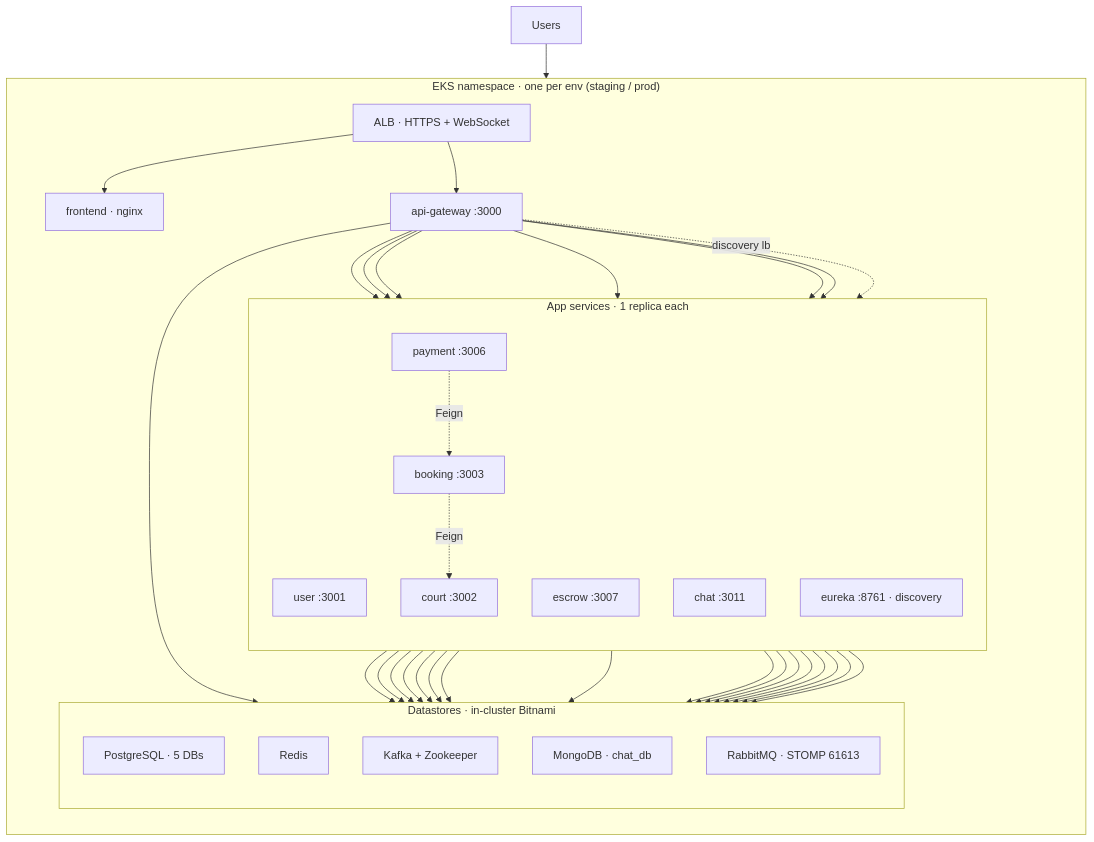
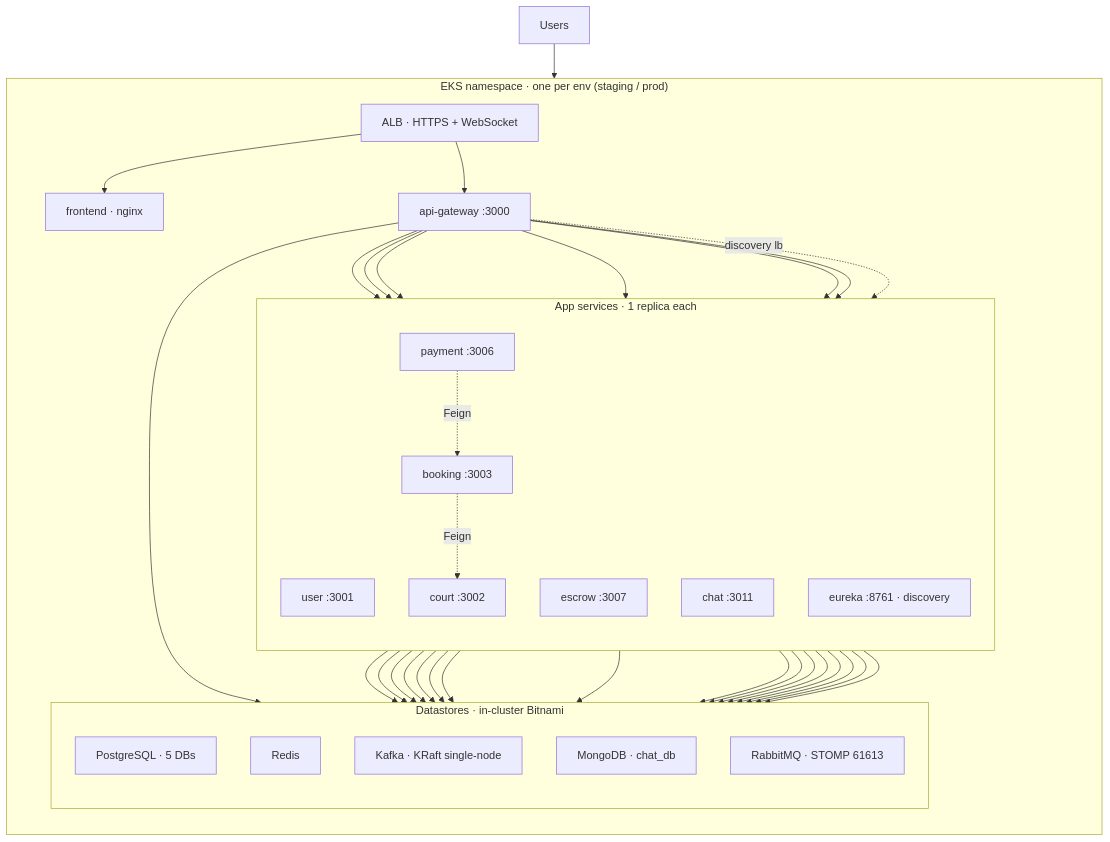
The second of 3 diagrams in Planning_CICD.md (phucgigital03/BadmintonHub), drawn with Mermaid before and after one commit. The commit also changed other lines of this file, not shown here.

````diff
--- a/Planning_CICD.md
+++ b/Planning_CICD.md
@@ -138,53 +163,53 @@
 ```mermaid
 flowchart TB
     Users["Users"] --> ALB["ALB · HTTPS + WebSocket"]
     subgraph ENV["EKS namespace · one per env (staging / prod)"]
         direction TB
         ALB --> FE["frontend · nginx"]
         ALB --> GW["api-gateway :3000"]
         subgraph APPS["App services · 1 replica each"]
             direction TB
             USER["user :3001"]
             COURT["court :3002"]
             BOOK["booking :3003"]
             PAY["payment :3006"]
             ESC["escrow :3007"]
             CHAT["chat :3011"]
             EUREKA["eureka :8761 · discovery"]
         end
         subgraph DATA["Datastores · in-cluster Bitnami"]
             direction TB
             PG["PostgreSQL · 5 DBs"]
             REDIS["Redis"]
-            KAFKA["Kafka + Zookeeper"]
+            KAFKA["Kafka · KRaft single-node"]
             MONGO["MongoDB · chat_db"]
             RABBIT["RabbitMQ · STOMP 61613"]
         end
     end
     GW --> USER
     GW --> COURT
     GW --> BOOK
     GW --> PAY
     GW --> ESC
     GW --> CHAT
     GW -.discovery lb.-> EUREKA
     BOOK -.Feign.-> COURT
     PAY -.Feign.-> BOOK
     USER --> PG
     COURT --> PG
     BOOK --> PG
     PAY --> PG
     ESC --> PG
     USER --> REDIS
     COURT --> REDIS
     BOOK --> REDIS
     PAY --> REDIS
     CHAT --> REDIS
     GW --> REDIS
     COURT --> KAFKA
     BOOK --> KAFKA
     PAY --> KAFKA
     ESC --> KAFKA
     CHAT --> MONGO
     CHAT --> RABBIT
 ```
````
